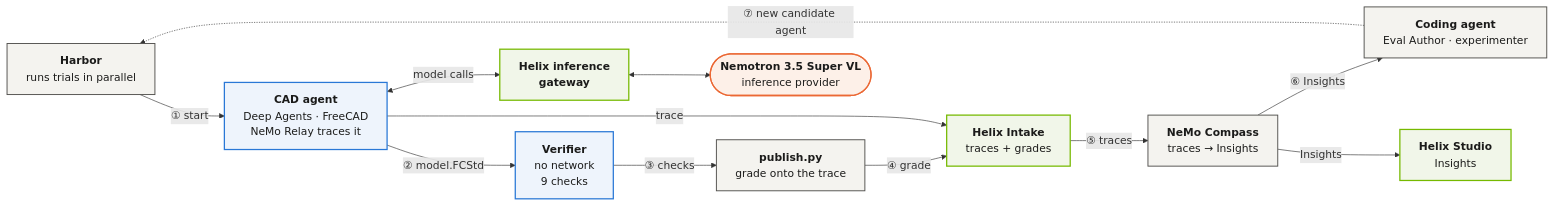
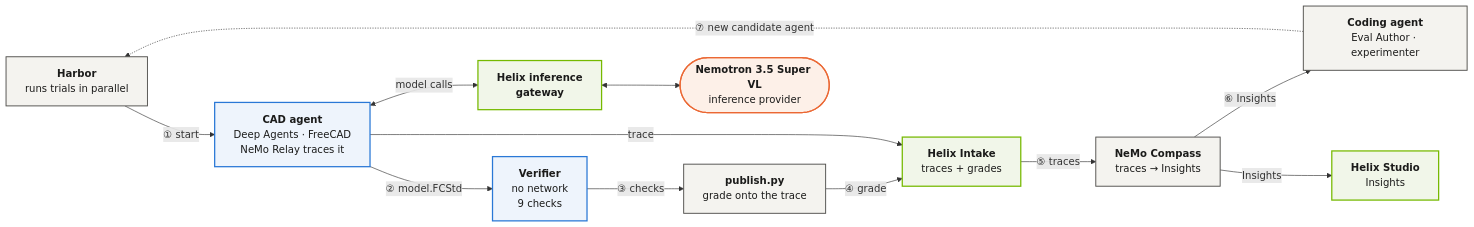
One commit to NVIDIA/nemoclaw-community changed the first of 2 diagrams in examples/tools/cae-freecad-agent-harness-optimization/README.md. Above: the diagram before and after it, drawn with Mermaid. The commit also changed other lines of this file and 3 other files, not shown here.

````diff
--- a/examples/tools/cae-freecad-agent-harness-optimization/README.md
+++ b/examples/tools/cae-freecad-agent-harness-optimization/README.md
@@ -95,33 +95,32 @@
 ```mermaid
-%%{init: {"themeVariables": {"fontSize": "17px"}, "flowchart": {"curve": "basis", "nodeSpacing": 30, "rankSpacing": 50, "wrappingWidth": 230}}}%%
 flowchart LR
   H["<b>Harbor</b><br/>runs trials in parallel"]
   C["<b>CAD agent</b><br/>Deep Agents · FreeCAD<br/>NeMo Relay traces it"]
   V["<b>Verifier</b><br/>no network<br/>9 checks"]
   P["<b>publish.py</b><br/>grade onto the trace"]
   I["<b>Helix Intake</b><br/>traces + grades"]
   CO["<b>NeMo Compass</b><br/>traces → Insights"]
   CA["<b>Coding agent</b><br/>Eval Author · experimenter"]
   G["<b>Helix inference<br/>gateway</b>"]
   M(["<b>Nemotron 3.5 Super VL</b><br/>inference provider"])
   S["<b>Helix Studio</b><br/>Insights"]
   H -- "① start" --> C
   C -- "② model.FCStd" --> V
   V -- "③ checks" --> P
   P -- "④ grade" --> I
   C -- "trace" --> I
   I -- "⑤ traces" --> CO
   CO -- "⑥ Insights" --> CA
   CA -. "⑦ new candidate agent" .-> H
   C <-- "model calls" --> G
   G <--> M
   CO -- "Insights" --> S
   classDef host fill:#f4f3ef,stroke:#52514e,stroke-width:1.5px,color:#1b1b1a
   classDef box fill:#eef4fc,stroke:#2a78d6,stroke-width:2px,color:#1b1b1a
   classDef helix fill:#f1f6e9,stroke:#76b900,stroke-width:2px,color:#1b1b1a
   classDef model fill:#fdf0e8,stroke:#eb6834,stroke-width:2px,color:#1b1b1a
   class H,P,CO,CA host
   class C,V box
   class G,I,S helix
   class M model
 ```
````
